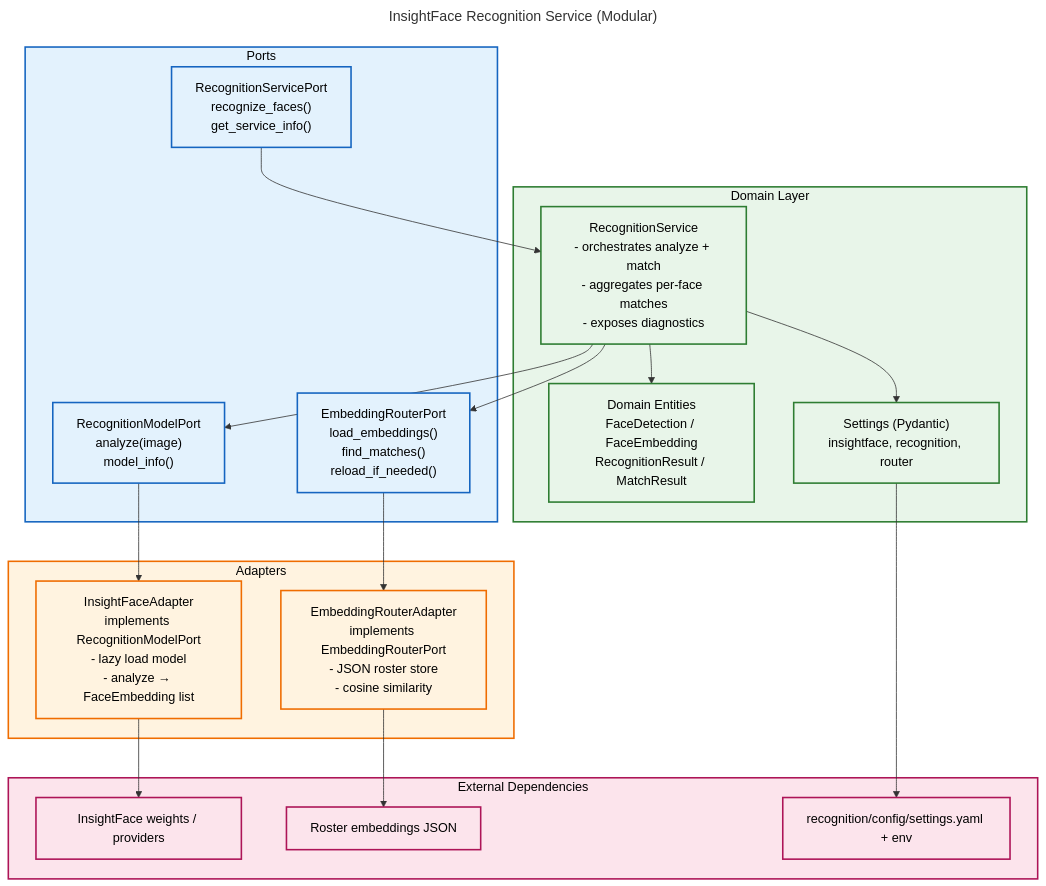
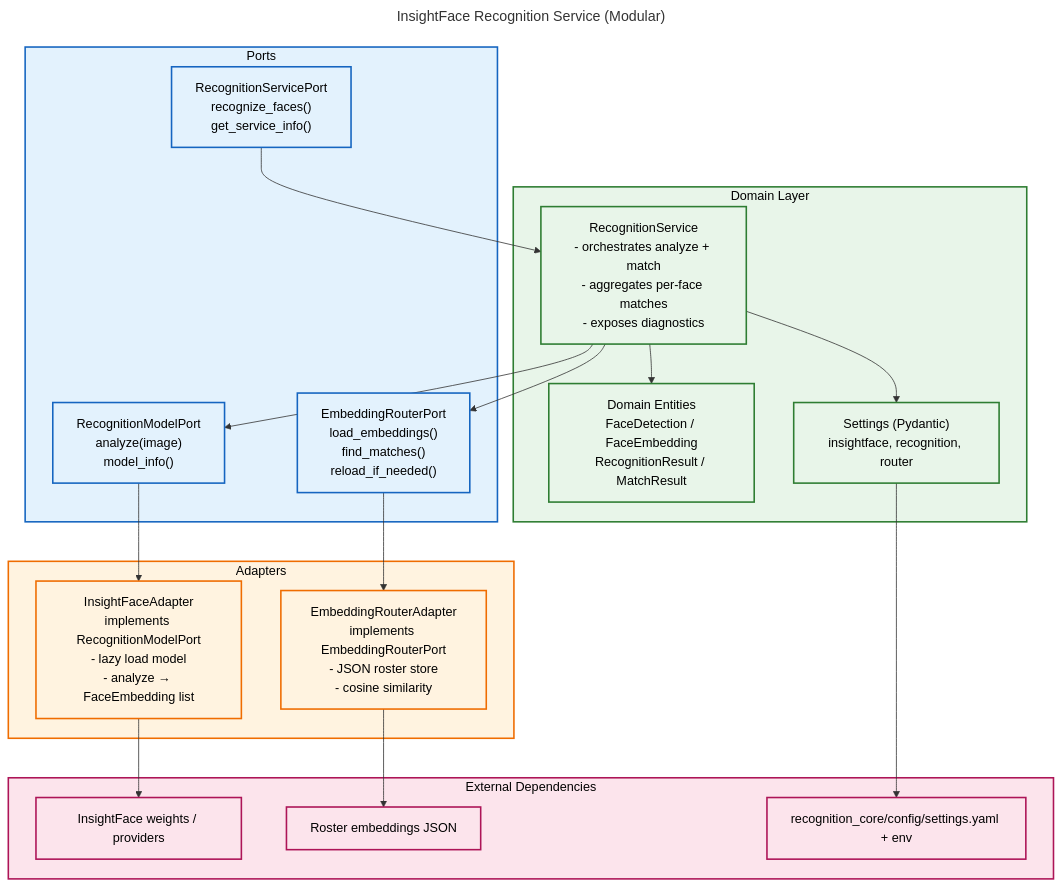
One commit to darce/context-alt-text-monorepo changed the diagram in docs/architecture/backend-uml/recognition_service.mermaid. Above: the diagram before and after it, drawn with Mermaid. The commit also changed 12 other files, not shown here.

Commit message:
Refresh recognition service documentation for new architecture

```diff
--- a/docs/architecture/backend-uml/recognition_service.mermaid
+++ b/docs/architecture/backend-uml/recognition_service.mermaid
@@ -1,49 +1,49 @@
 ---
 title: InsightFace Recognition Service (Modular)
 ---
 flowchart TB
     subgraph ports["Ports"]
         recognition_port["RecognitionServicePort\nrecognize_faces()\nget_service_info()"]
         model_port["RecognitionModelPort\nanalyze(image)\nmodel_info()"]
         embedding_port["EmbeddingRouterPort\nload_embeddings()\nfind_matches()\nreload_if_needed()"]; 
     end
 
     subgraph domain["Domain Layer"]
         recognition_service["RecognitionService\n- orchestrates analyze + match\n- aggregates per-face matches\n- exposes diagnostics"]
         recognition_entities["Domain Entities\nFaceDetection / FaceEmbedding\nRecognitionResult / MatchResult"]
         recognition_settings["Settings (Pydantic)\ninsightface, recognition, router"]
     end
 
     subgraph adapters["Adapters"]
         insightface_adapter["InsightFaceAdapter\nimplements RecognitionModelPort\n- lazy load model\n- analyze → FaceEmbedding list"]
         embedding_router["EmbeddingRouterAdapter\nimplements EmbeddingRouterPort\n- JSON roster store\n- cosine similarity"]
     end
 
     subgraph external["External Dependencies"]
         insightface_weights["InsightFace weights / providers"]
         embeddings_file["Roster embeddings JSON"]
-        settings_yaml["recognition/config/settings.yaml + env"]
+        settings_yaml["recognition_core/config/settings.yaml + env"]
     end
 
     recognition_port --> recognition_service
     recognition_service --> recognition_entities
     recognition_service --> recognition_settings
     recognition_service --> model_port
     recognition_service --> embedding_port
 
     model_port --> insightface_adapter
     embedding_port --> embedding_router
 
     insightface_adapter --> insightface_weights
     embedding_router --> embeddings_file
     recognition_settings --> settings_yaml
 
     classDef portsClass fill:#e3f2fd,stroke:#1565c0,color:#000,stroke-width:2px
     classDef domainClass fill:#e8f5e9,stroke:#2e7d32,color:#000,stroke-width:2px
     classDef adapterClass fill:#fff3e0,stroke:#ef6c00,color:#000,stroke-width:2px
     classDef externalClass fill:#fce4ec,stroke:#ad1457,color:#000,stroke-width:2px
 
     class ports,recognition_port,model_port,embedding_port portsClass
     class domain,recognition_service,recognition_entities,recognition_settings domainClass
     class adapters,insightface_adapter,embedding_router adapterClass
     class external,insightface_weights,embeddings_file,settings_yaml externalClass
```
